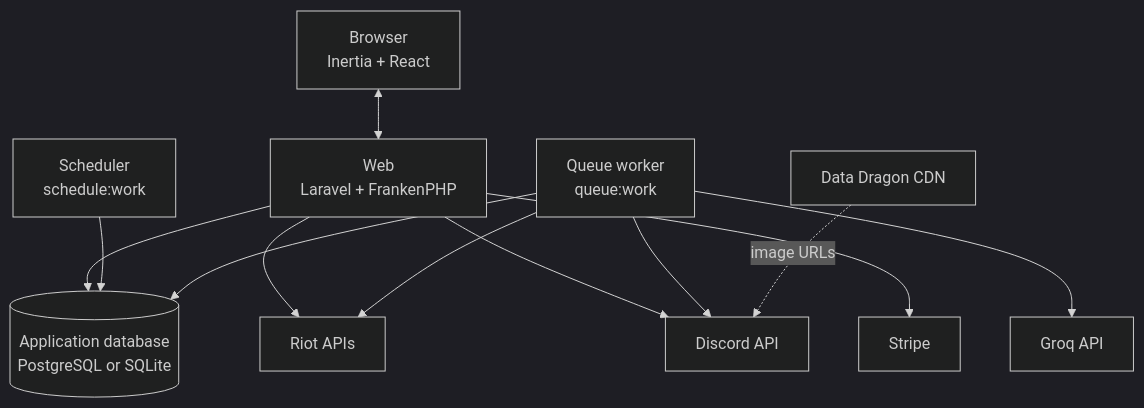
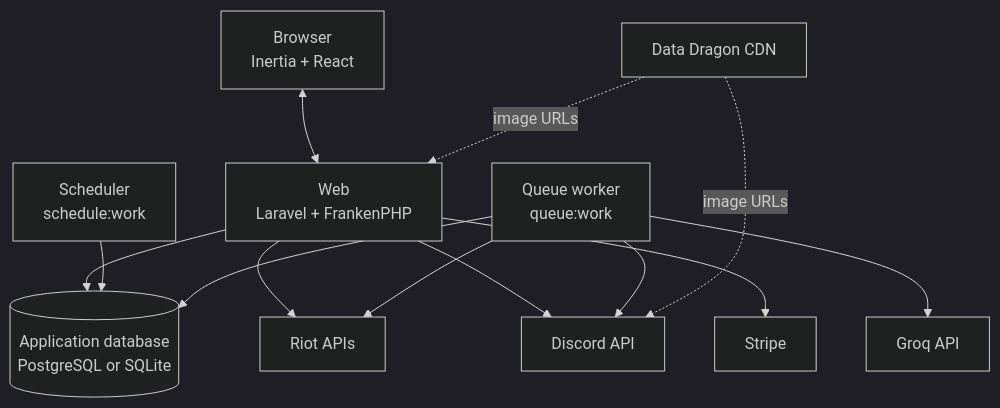
The diagram in docs/architecture.md (hvgochr/gamesentry), drawn with Mermaid (dark theme) before and after one commit.

Commit message:
docs(architecture): add ddragon link to web

````diff
--- a/docs/architecture.md
+++ b/docs/architecture.md
@@ -7,17 +7,18 @@
 ```mermaid
 flowchart TB
     Browser["Browser<br/>Inertia + React"] <--> Web["Web<br/>Laravel + FrankenPHP"]
 
     Web --> Database[("Application database<br/>PostgreSQL or SQLite")]
     Scheduler["Scheduler<br/>schedule:work"] --> Database
     Worker["Queue worker<br/>queue:work"] --> Database
 
     Web --> Riot["Riot APIs"]
     Web --> Discord["Discord API"]
     Web --> Stripe["Stripe"]
     Worker --> Riot
     Worker --> Groq["Groq API"]
     Worker --> Discord
 
     DataDragon["Data Dragon CDN"] -. image URLs .-> Discord
+    DataDragon -. image URLs .-> Web
 ```
````
